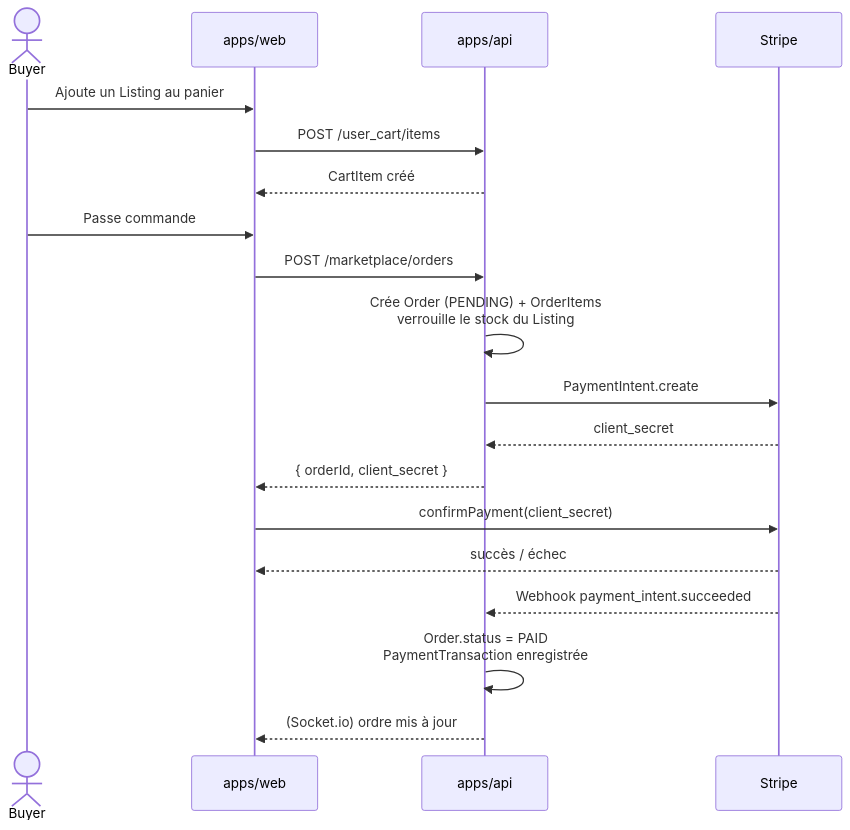
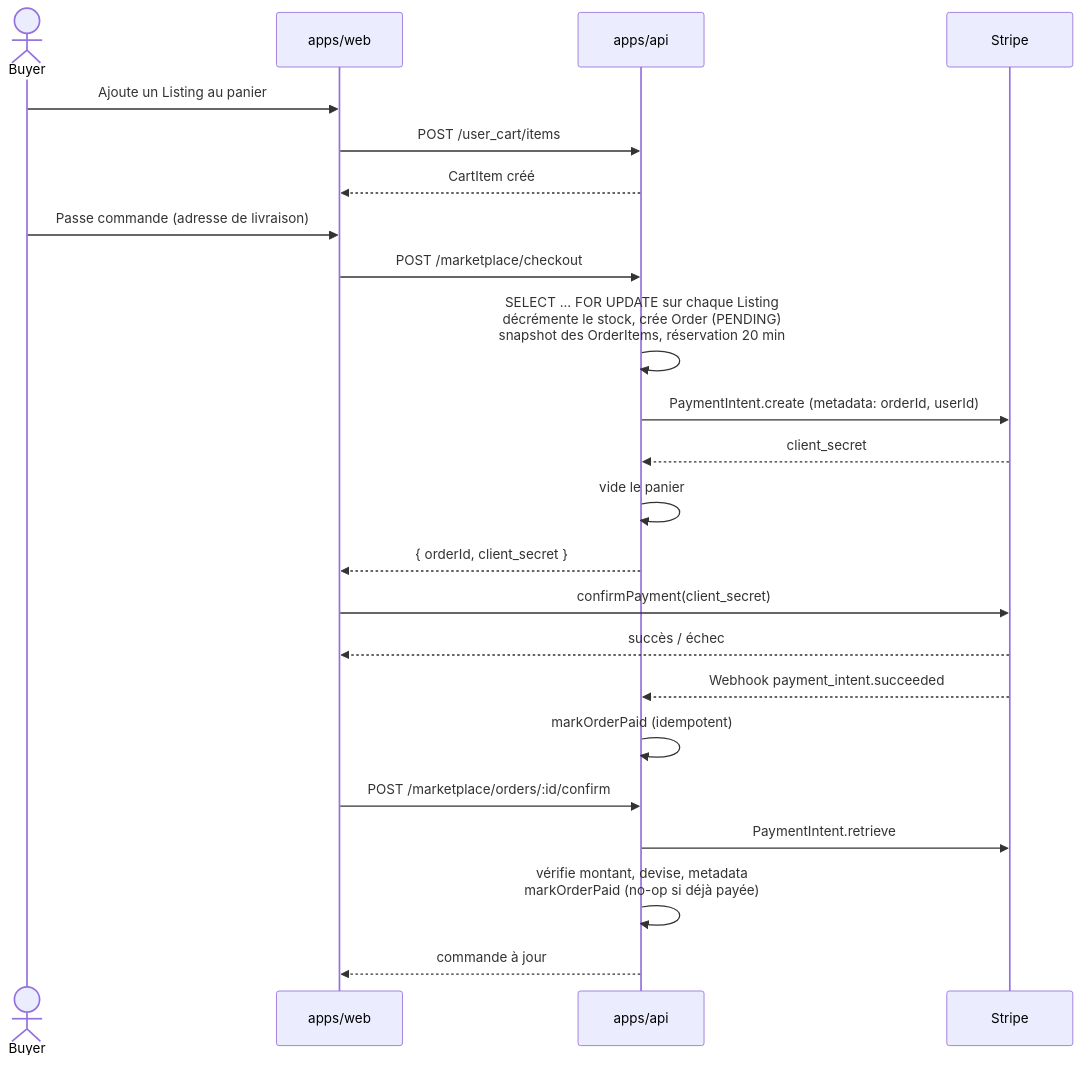
The third of 3 diagrams in doc/architecture.md (raphplt/tcg-nexus), drawn with Mermaid before and after one commit. The commit also changed other lines of this file and 15 other files, not shown here.

````diff
--- a/doc/architecture.md
+++ b/doc/architecture.md
@@ -153,25 +153,30 @@
 ```mermaid
 sequenceDiagram
   actor Buyer
   participant Web as apps/web
   participant API as apps/api
   participant Stripe
 
   Buyer->>Web: Ajoute un Listing au panier
   Web->>API: POST /user_cart/items
   API-->>Web: CartItem créé
 
-  Buyer->>Web: Passe commande
-  Web->>API: POST /marketplace/orders
-  API->>API: Crée Order (PENDING) + OrderItems<br/>verrouille le stock du Listing
-  API->>Stripe: PaymentIntent.create
+  Buyer->>Web: Passe commande (adresse de livraison)
+  Web->>API: POST /marketplace/checkout
+  API->>API: SELECT ... FOR UPDATE sur chaque Listing<br/>décrémente le stock, crée Order (PENDING)<br/>snapshot des OrderItems, réservation 20 min
+  API->>Stripe: PaymentIntent.create (metadata: orderId, userId)
   Stripe-->>API: client_secret
+  API->>API: vide le panier
   API-->>Web: { orderId, client_secret }
 
   Web->>Stripe: confirmPayment(client_secret)
   Stripe-->>Web: succès / échec
 
   Stripe-->>API: Webhook payment_intent.succeeded
-  API->>API: Order.status = PAID<br/>PaymentTransaction enregistrée
-  API-->>Web: (Socket.io) ordre mis à jour
+  API->>API: markOrderPaid (idempotent)
+
+  Web->>API: POST /marketplace/orders/:id/confirm
+  API->>Stripe: PaymentIntent.retrieve
+  API->>API: vérifie montant, devise, metadata<br/>markOrderPaid (no-op si déjà payée)
+  API-->>Web: commande à jour
 ```
````
